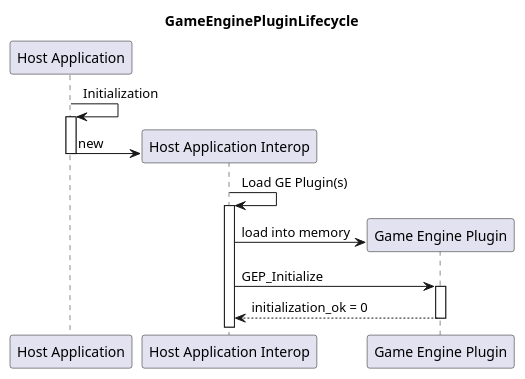
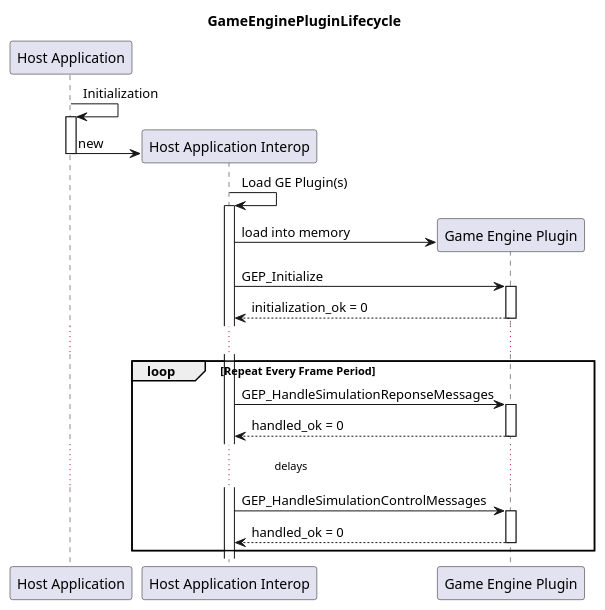
The diagram in GameEnginePlugin/Docs/SourceDiagrams/GameEnginePlugin-Lifecycle-Sequence.plantuml (stevostj/Sandbox), drawn with PlantUML before and after one commit. The commit also changed 8 other files, not shown here.

```diff
--- a/GameEnginePlugin/Docs/SourceDiagrams/GameEnginePlugin-Lifecycle-Sequence.plantuml
+++ b/GameEnginePlugin/Docs/SourceDiagrams/GameEnginePlugin-Lifecycle-Sequence.plantuml
@@ -1,29 +1,40 @@
 @startuml
 
 title "GameEnginePluginLifecycle"
 
 participant "Host Application" as HA
 
 HA -> HA: Initialization
 activate HA
 
 create participant "Host Application Interop" as HAI
 HA -> HAI: new
 
 deactivate HA
 
 HAI -> HAI: Load GE Plugin(s)
 activate HAI
 
 create participant "Game Engine Plugin" as GEP
 HAI -> GEP: load into memory
 HAI -> GEP: GEP_Initialize
 activate GEP
 GEP --> HAI: initialization_ok = 0
 deactivate GEP
+...
 
-
+loop Repeat Every Frame Period
+HAI -> GEP: GEP_HandleSimulationReponseMessages
+activate GEP
+GEP --> HAI: handled_ok = 0
+deactivate GEP
+... delays ...
+HAI -> GEP: GEP_HandleSimulationControlMessages
+activate GEP
+GEP --> HAI: handled_ok = 0
+deactivate GEP
+end
 
 
 
 @enduml
```
